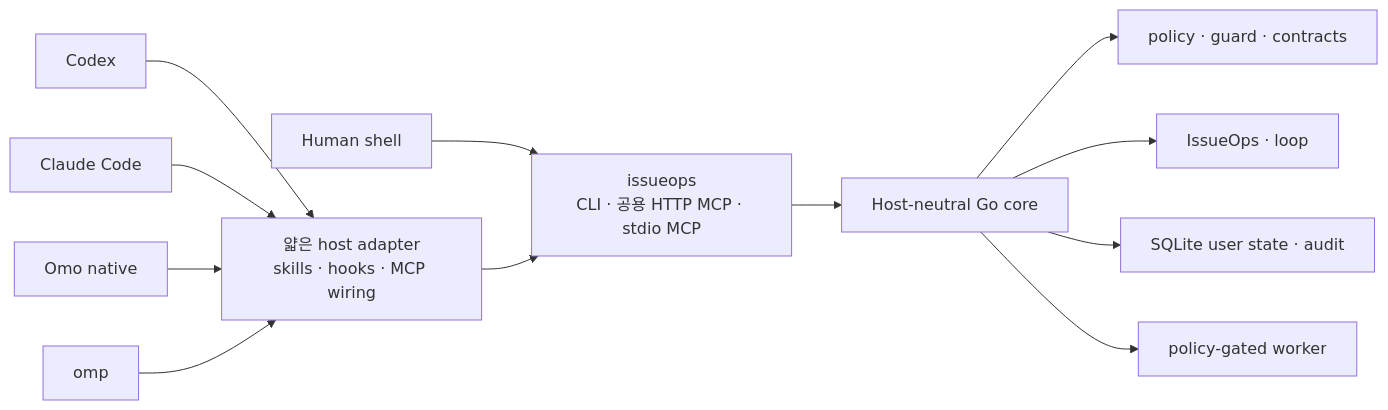
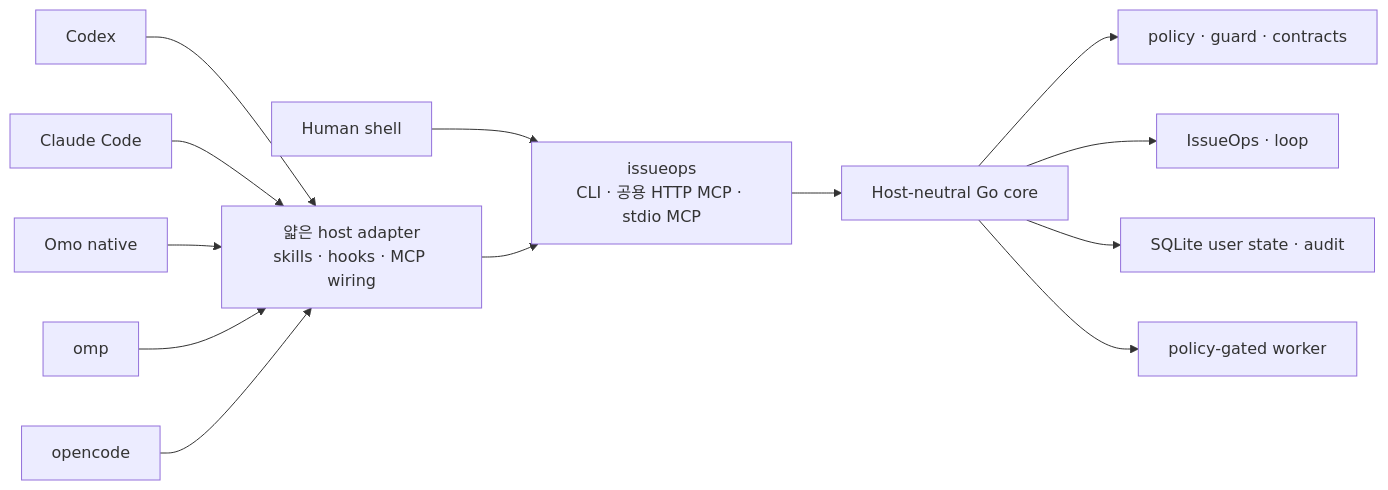
Before and after one commit to m16khb-org/issueops: the diagram in README.md, drawn with Mermaid. The commit also changed other lines of this file and 174 other files, not shown here.

````diff
--- a/README.md
+++ b/README.md
@@ -369,14 +370,15 @@
 ```mermaid
 flowchart LR
     Codex["Codex"] --> Host["얇은 host adapter<br/>skills · hooks · MCP wiring"]
     Claude["Claude Code"] --> Host
     Omo["Omo native"] --> Host
     Omp["omp"] --> Host
+    Opencode["opencode"] --> Host
     Shell["Human shell"] --> Surface["issueops<br/>CLI · 공용 HTTP MCP · stdio MCP"]
     Host --> Surface
     Surface --> Core["Host-neutral Go core"]
     Core --> Policy["policy · guard · contracts"]
     Core --> Flow["IssueOps · loop"]
     Core --> State["SQLite user state · audit"]
     Core --> Worker["policy-gated worker"]
 ```
````
